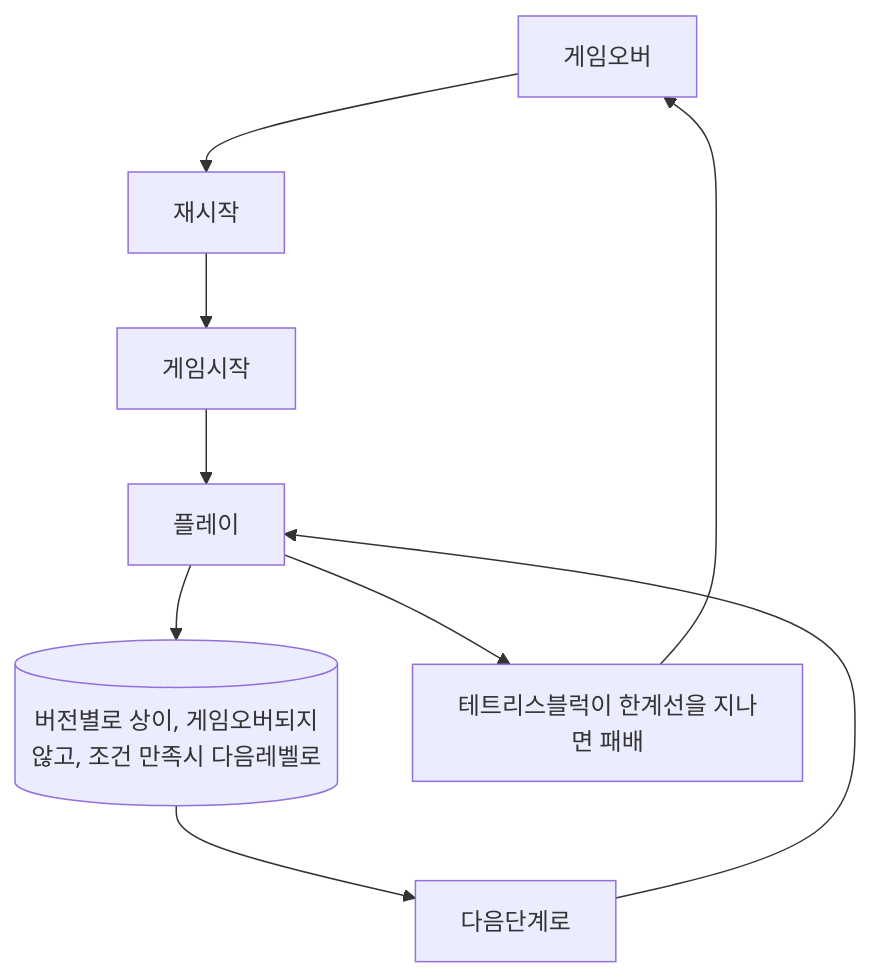
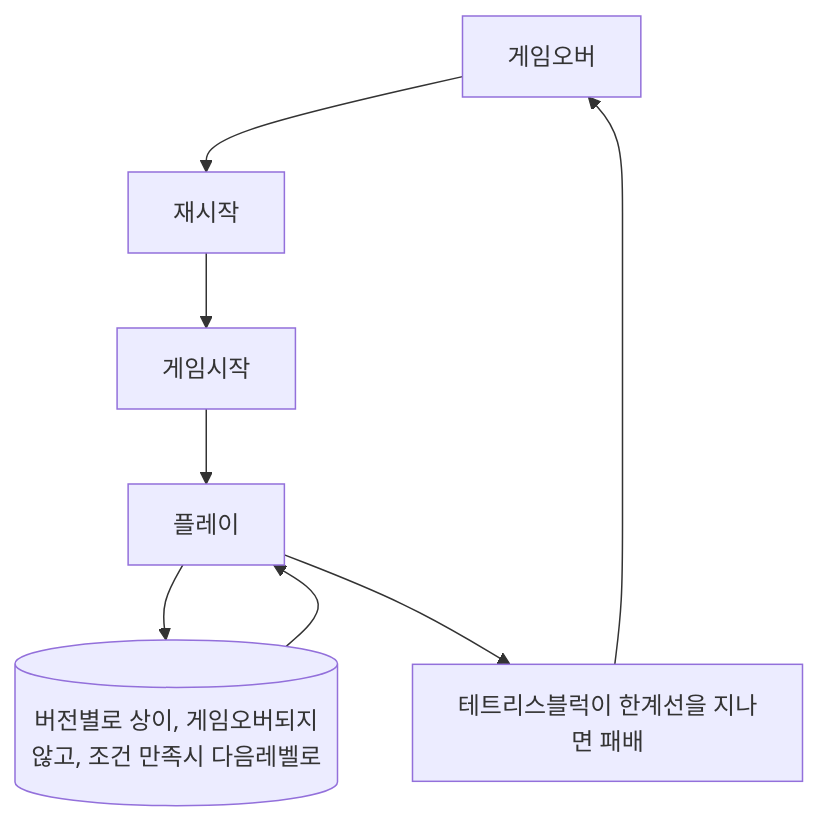
Before and after one commit to Wonsoox/Tutorial_Imitation_Teris: the first of 2 diagrams in Diagrams/20210519_한원석.md, drawn with Mermaid.

````diff
--- a/Diagrams/20210519_한원석.md
+++ b/Diagrams/20210519_한원석.md
@@ -2,11 +2,10 @@
 ```mermaid
 graph TD
   GameOver[게임오버] --> Restart[재시작]
   Restart --> GameStart[게임시작]
   GameStart --> Play[플레이]
   Play --> Clear[(버전별로 상이, 게임오버되지않고, 조건 만족시 다음레벨로)]
-  Clear --> Head2HigherLevel[다음단계로]
-  Head2HigherLevel --> Play
+  Clear--> Play
   Play --> LoseCondition[테트리스블럭이 한계선을 지나면 패배]
   LoseCondition --> GameOver
 ```
````
